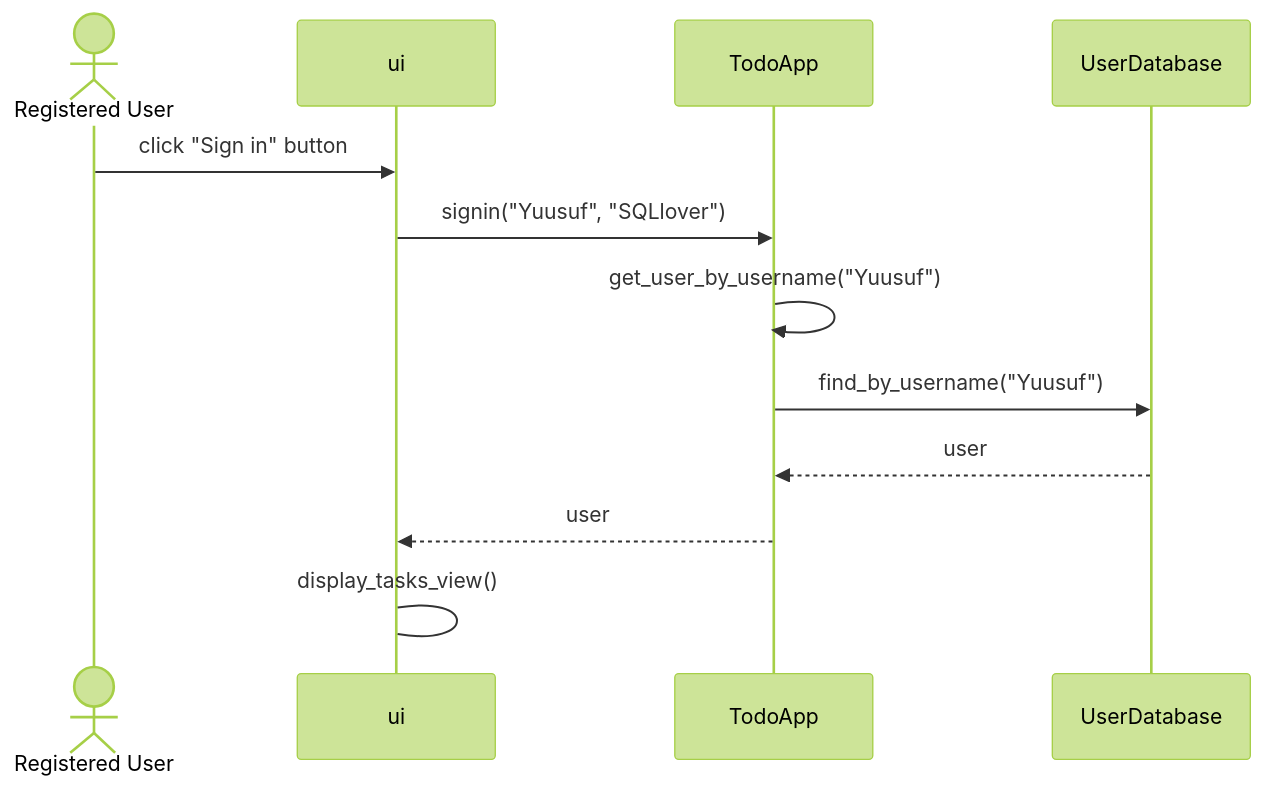
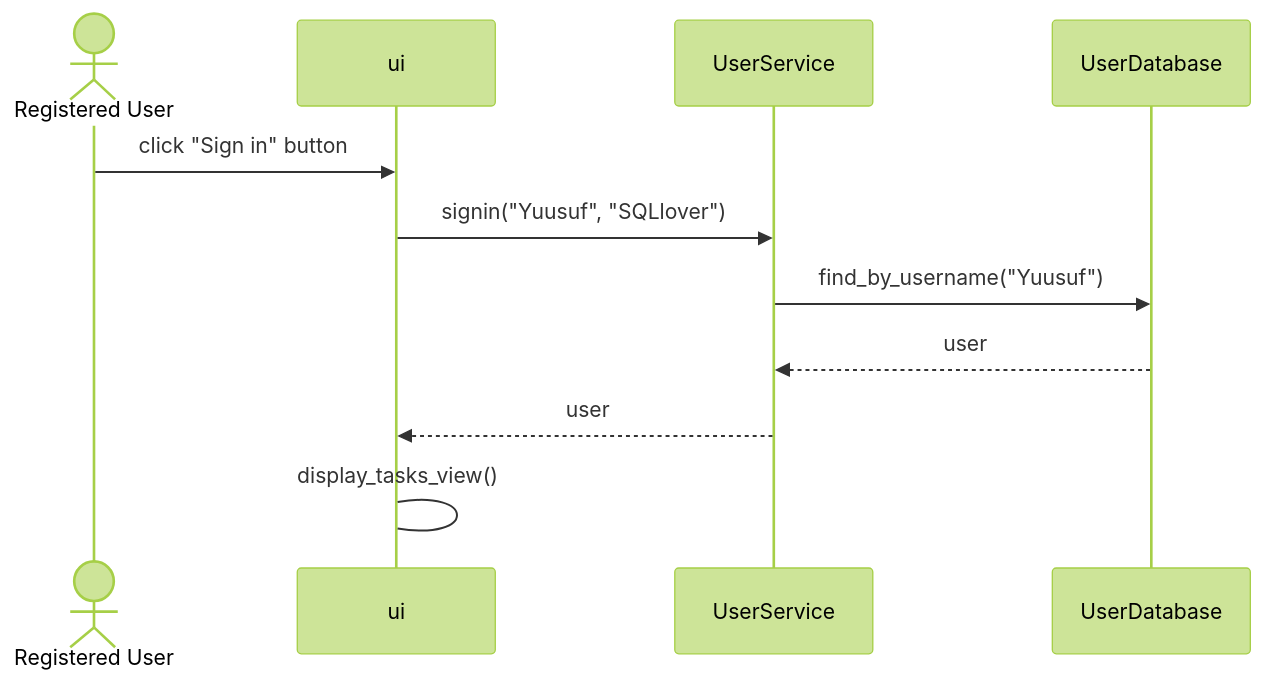
Before and after one commit to Yusuboy/TODO-APP: the second of 2 diagrams in dokumentaatio/arkkitehtuuri.md, drawn with Mermaid (forest theme). The commit also changed other lines of this file and 14 other files, not shown here.

````diff
--- a/dokumentaatio/arkkitehtuuri.md
+++ b/dokumentaatio/arkkitehtuuri.md
@@ -44,15 +42,14 @@
 ```mermaid
 sequenceDiagram
   actor Registered User
   participant ui
-  participant TodoApp
+  participant UserService
   participant UserDatabase
 
   Registered User->>ui: click "Sign in" button
-  ui->>TodoApp: signin("Yuusuf", "SQLlover")
-  TodoApp ->>TodoApp: get_user_by_username("Yuusuf")
-  TodoApp->>UserDatabase: find_by_username("Yuusuf")
-  UserDatabase-->>TodoApp: user
-  TodoApp-->>ui: user
+  ui->>UserService: signin("Yuusuf", "SQLlover")
+  UserService->>UserDatabase: find_by_username("Yuusuf")
+  UserDatabase-->>UserService: user
+  UserService-->>ui: user
   ui->ui: display_tasks_view()
 ```
````
